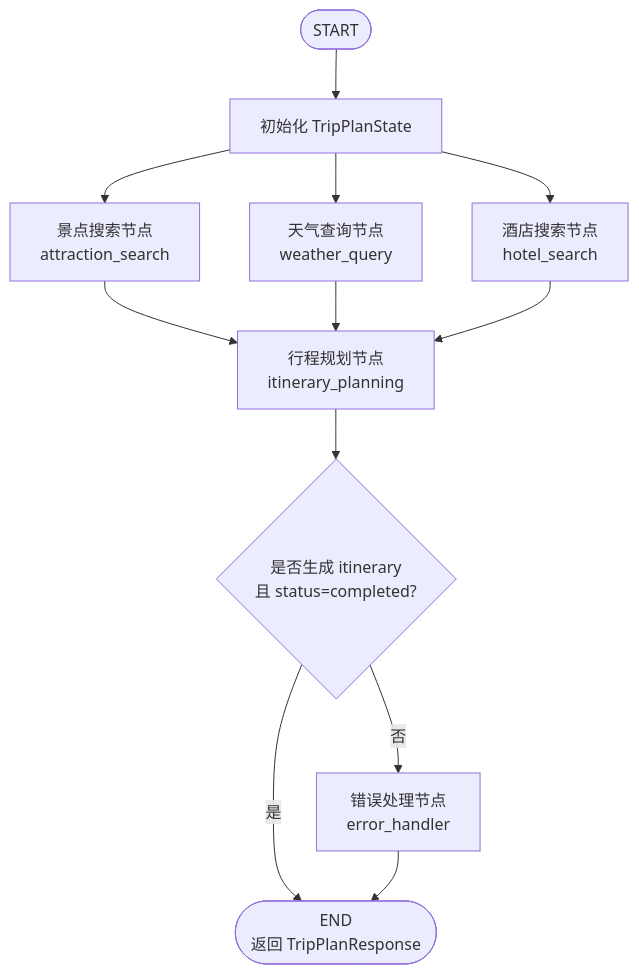
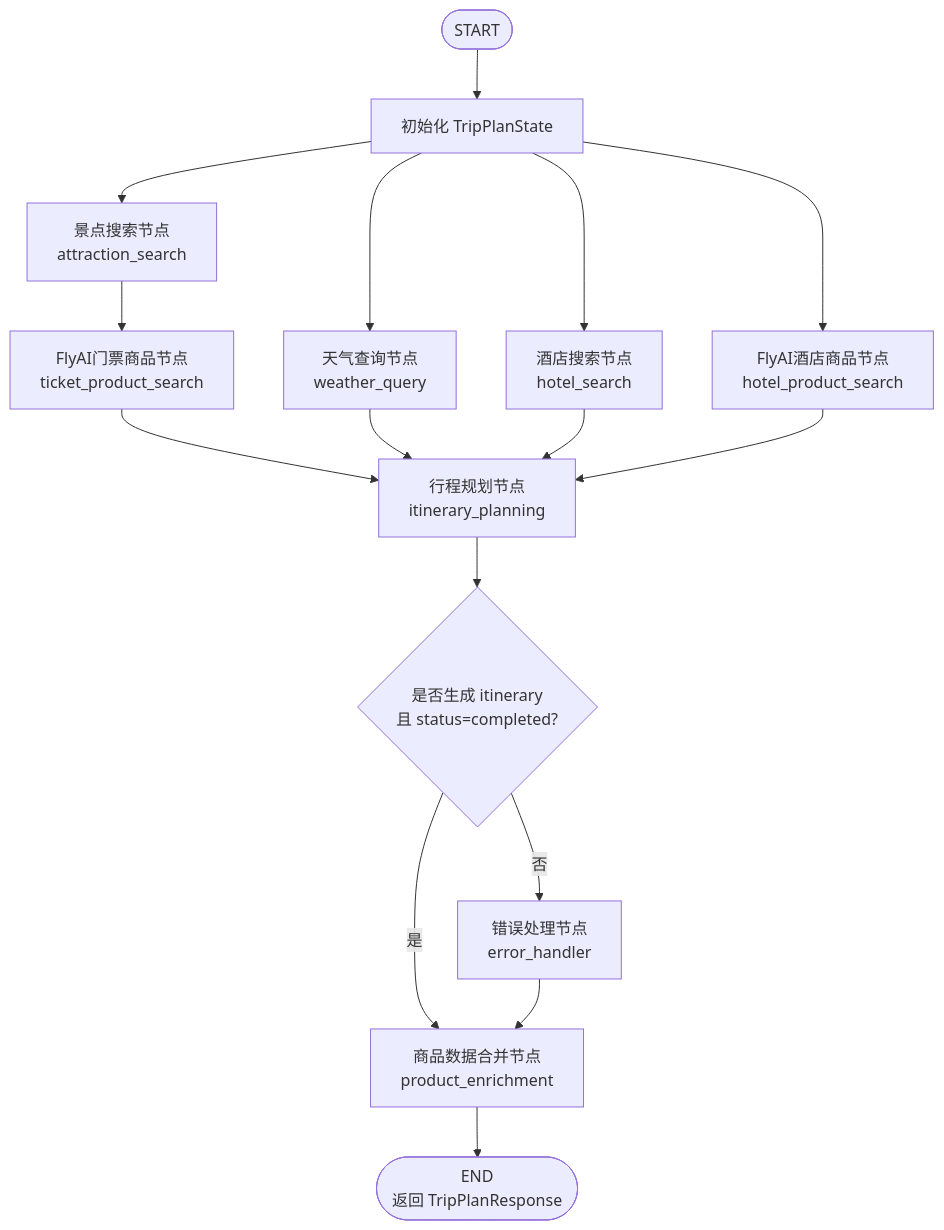
Before and after one commit to jiangchengjiadan/daniel-langraph: the diagram in daniel-trip-agent/README.md, drawn with Mermaid. The commit also changed other lines of this file, not shown here.

````diff
--- a/daniel-trip-agent/README.md
+++ b/daniel-trip-agent/README.md
@@ -32,16 +34,20 @@
 ```mermaid
 flowchart TD
     A([START]) --> B[初始化 TripPlanState]
     B --> C[景点搜索节点<br/>attraction_search]
     B --> D[天气查询节点<br/>weather_query]
     B --> E[酒店搜索节点<br/>hotel_search]
+    B --> J[FlyAI酒店商品节点<br/>hotel_product_search]
 
-    C --> F[行程规划节点<br/>itinerary_planning]
+    C --> K[FlyAI门票商品节点<br/>ticket_product_search]
+    K --> F[行程规划节点<br/>itinerary_planning]
     D --> F
     E --> F
+    J --> F
 
     F --> G{是否生成 itinerary<br/>且 status=completed?}
-    G -->|是| H([END<br/>返回 TripPlanResponse])
+    G -->|是| L[商品数据合并节点<br/>product_enrichment]
     G -->|否| I[错误处理节点<br/>error_handler]
-    I --> H
+    I --> L
+    L --> H([END<br/>返回 TripPlanResponse])
 ```
````
